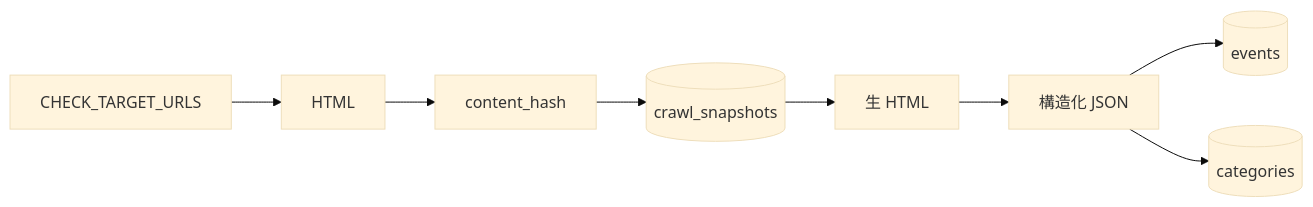
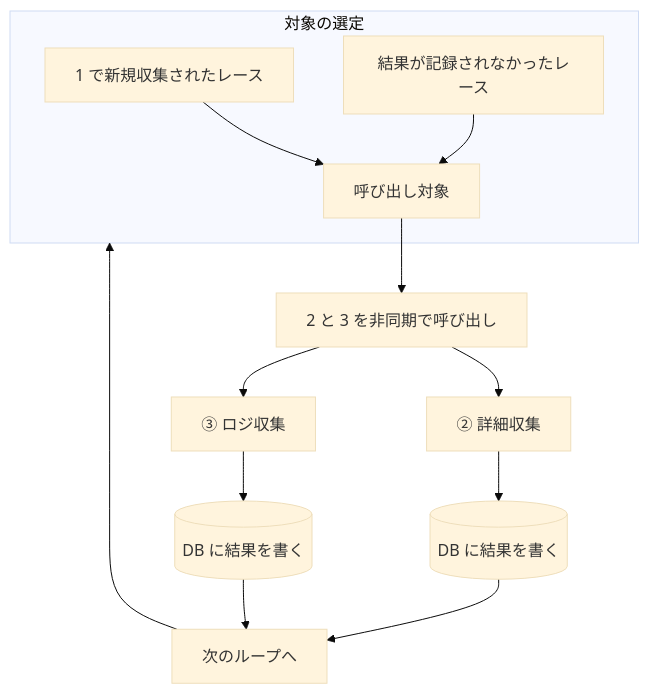
The third of 5 diagrams in docs/SPEC_BACKEND_FLOW.md (bokuno-studio/YabaiTravel), drawn with Mermaid (base theme) before and after one commit. The commit also changed other lines of this file and 3 other files, not shown here.

First line of the commit message:
docs(#24): 4スクリプト構成に全面改訂（レース名収集/詳細収集/ロジ収集/オーケストレータ）

````diff
--- a/docs/SPEC_BACKEND_FLOW.md
+++ b/docs/SPEC_BACKEND_FLOW.md
@@ -84,10 +86,16 @@
 ```mermaid
-flowchart LR
-    URL[CHECK_TARGET_URLS] --> HTML[HTML]
-    HTML --> HASH[content_hash]
-    HASH --> SNAP[(crawl_snapshots)]
-    SNAP --> RAW[生 HTML]
-    RAW --> JSON[構造化 JSON]
-    JSON --> EVENTS[(events)]
-    JSON --> CATS[(categories)]
+flowchart TB
+    subgraph 対象の選定
+        A[1 で新規収集されたレース] --> MERGE[呼び出し対象]
+        B[結果が記録されなかったレース] --> MERGE
+    end
+
+    MERGE --> DISPATCH[2 と 3 を非同期で呼び出し]
+    DISPATCH --> CHILD2[② 詳細収集]
+    DISPATCH --> CHILD3[③ ロジ収集]
+    CHILD2 --> WRITE2[(DB に結果を書く)]
+    CHILD3 --> WRITE3[(DB に結果を書く)]
+    WRITE2 --> LOOP[次のループへ]
+    WRITE3 --> LOOP
+    LOOP --> 対象の選定
 ```
````
